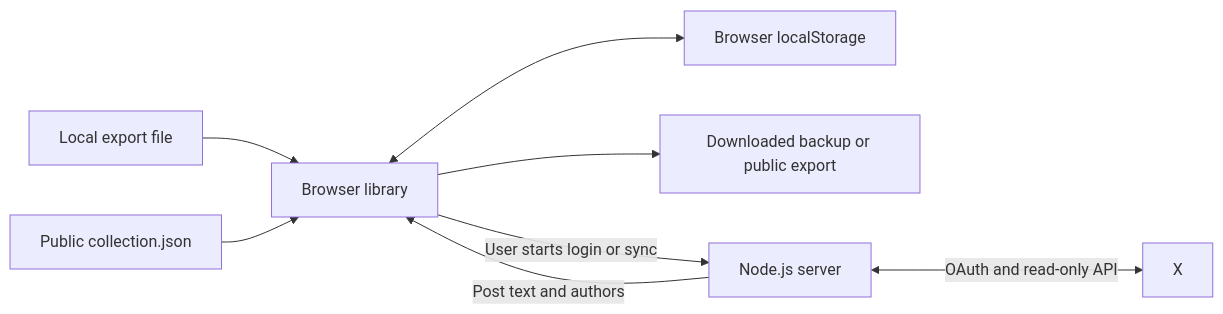
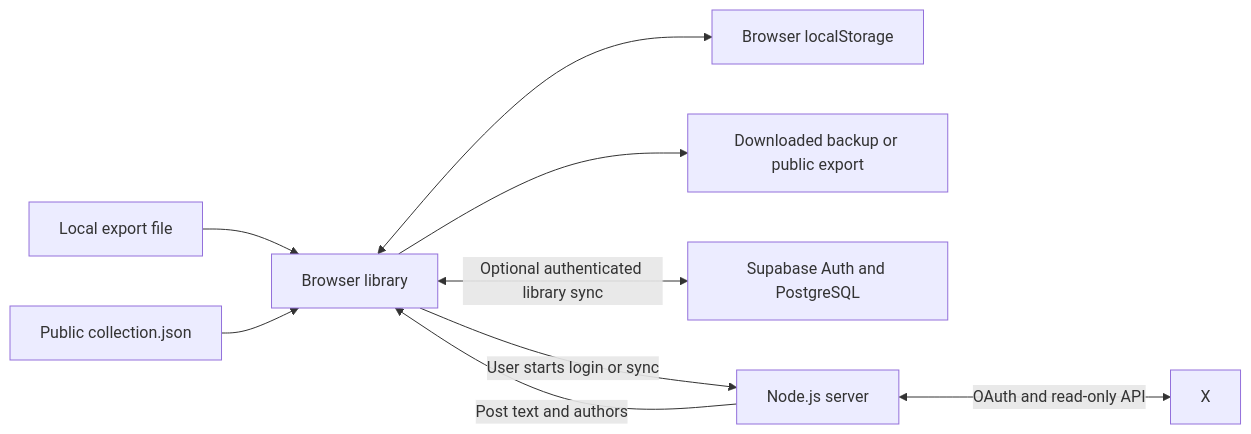
Before and after one commit to SharpMeow/SaveDesk: the diagram in docs/ARCHITECTURE.md, drawn with Mermaid. The commit also changed other lines of this file and 31 other files, not shown here.

````diff
--- a/docs/ARCHITECTURE.md
+++ b/docs/ARCHITECTURE.md
@@ -22,10 +25,11 @@
 ```mermaid
 flowchart LR
     F[Local export file] --> B[Browser library]
     P[Public collection.json] --> B
     B <--> L[Browser localStorage]
     B --> E[Downloaded backup or public export]
+    B <-->|Optional authenticated library sync| C[Supabase Auth and PostgreSQL]
     B -->|User starts login or sync| S[Node.js server]
     S <-->|OAuth and read-only API| X[X]
     S -->|Post text and authors| B
 ```
````
